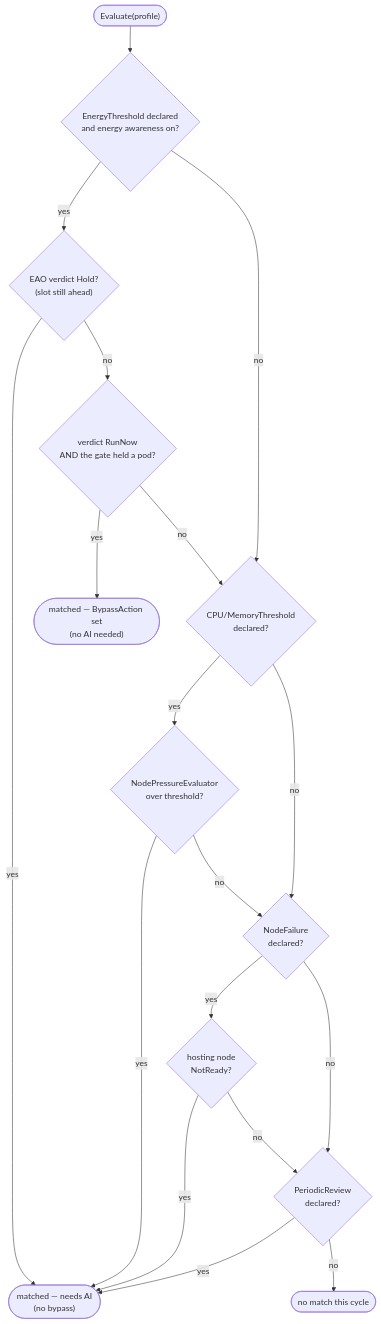
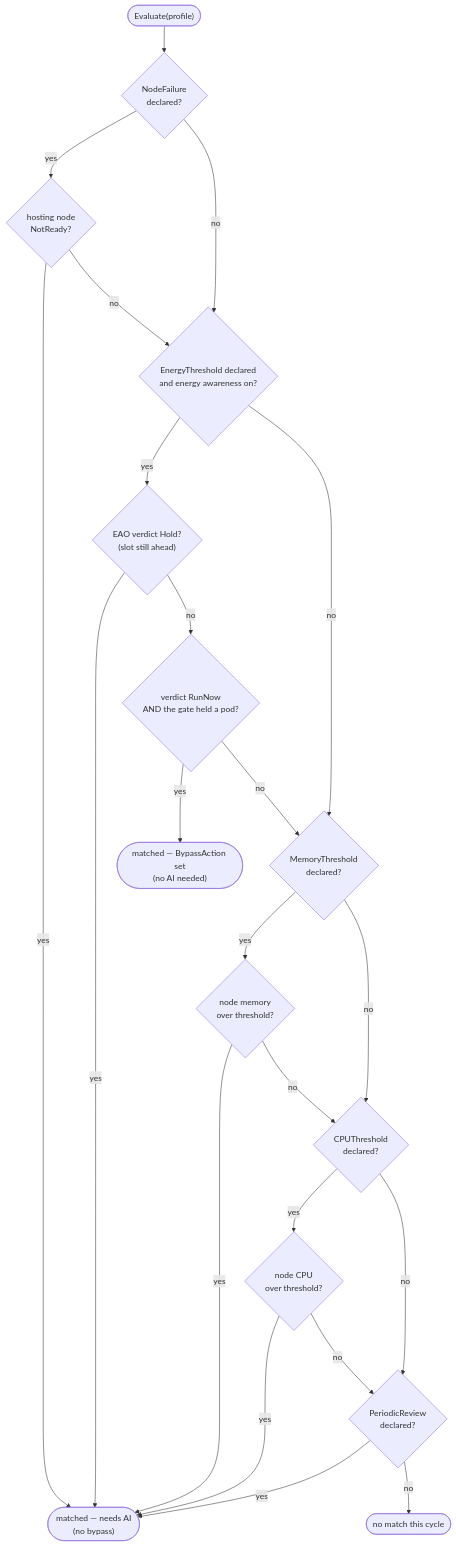
One commit to HIRO-MicroDataCenters-BV/hiro-adaptive-orchestrator changed the fifth of 35 diagrams in internal/rebalance/README.md. Above: the diagram before and after it, drawn with Mermaid. The commit also changed other lines of this file and 2 other files, not shown here.

Commit message:
Check rebalance triggers in a fixed priority order so PeriodicReview can never hide a real problem

````diff
--- a/internal/rebalance/README.md
+++ b/internal/rebalance/README.md
@@ -205,20 +205,24 @@
 ```mermaid
 flowchart TD
-    Start(["Evaluate(profile)"]) --> C1{"EnergyThreshold declared<br/>and energy awareness on?"}
-    C1 -- yes --> E1{"EAO verdict Hold?<br/>(slot still ahead)"}
-    E1 -- yes --> Match(["matched — needs AI<br/>(no bypass)"])
+    Start(["Evaluate(profile)"]) --> C1{"NodeFailure<br/>declared?"}
+    C1 -- yes --> N{"hosting node<br/>NotReady?"}
+    N -- yes --> Match(["matched — needs AI<br/>(no bypass)"])
+    N -- no --> C2
+    C1 -- no --> C2{"EnergyThreshold declared<br/>and energy awareness on?"}
+    C2 -- yes --> E1{"EAO verdict Hold?<br/>(slot still ahead)"}
+    E1 -- yes --> Match
     E1 -- no --> E2{"verdict RunNow<br/>AND the gate held a pod?"}
     E2 -- yes --> Bypass(["matched — BypassAction set<br/>(no AI needed)"])
-    E2 -- no --> C2
-    C1 -- no --> C2{"CPU/MemoryThreshold<br/>declared?"}
-    C2 -- yes --> P{"NodePressureEvaluator<br/>over threshold?"}
+    E2 -- no --> C3
+    C2 -- no --> C3{"MemoryThreshold<br/>declared?"}
+    C3 -- yes --> M{"node memory<br/>over threshold?"}
+    M -- yes --> Match
+    M -- no --> C4
+    C3 -- no --> C4{"CPUThreshold<br/>declared?"}
+    C4 -- yes --> P{"node CPU<br/>over threshold?"}
     P -- yes --> Match
-    P -- no --> C3
-    C2 -- no --> C3{"NodeFailure<br/>declared?"}
-    C3 -- yes --> N{"hosting node<br/>NotReady?"}
-    N -- yes --> Match
-    N -- no --> C4
-    C3 -- no --> C4{"PeriodicReview<br/>declared?"}
-    C4 -- yes --> Match
-    C4 -- no --> None(["no match this cycle"])
+    P -- no --> C5
+    C4 -- no --> C5{"PeriodicReview<br/>declared?"}
+    C5 -- yes --> Match
+    C5 -- no --> None(["no match this cycle"])
 ```
````
